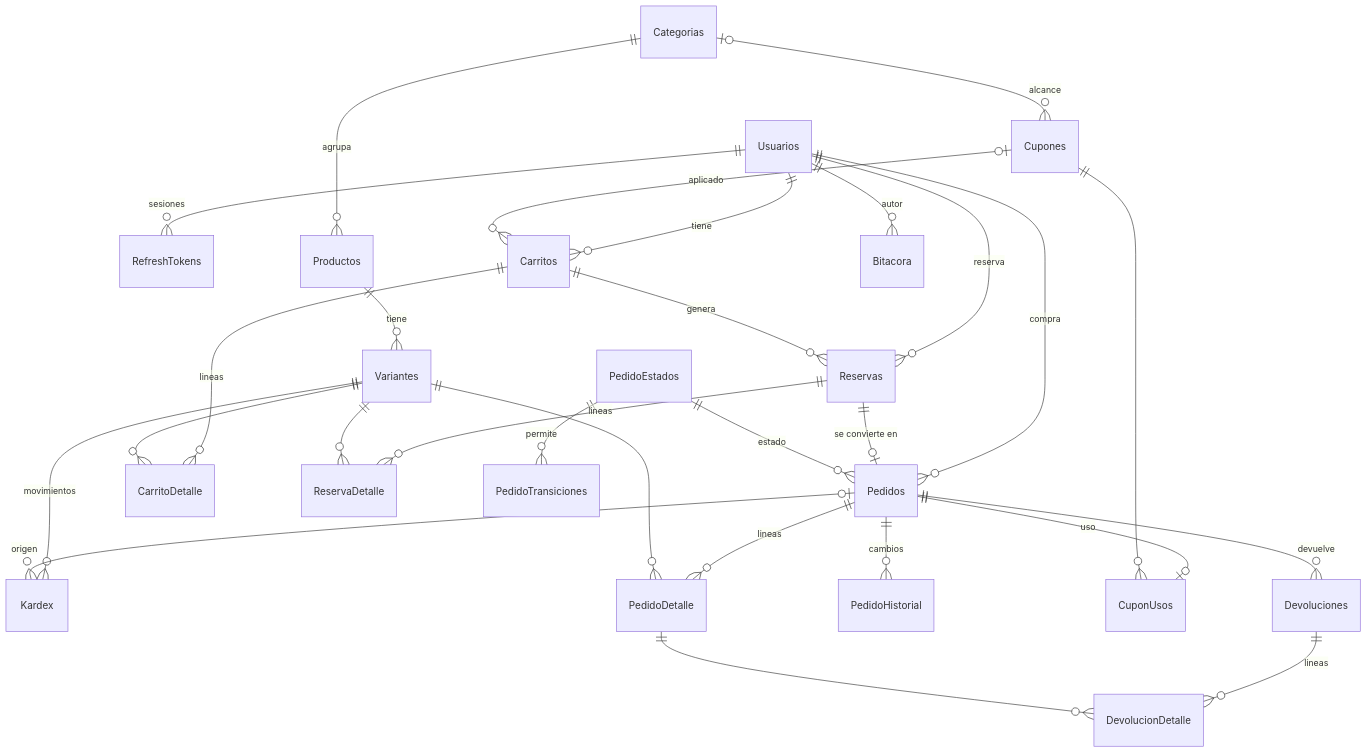
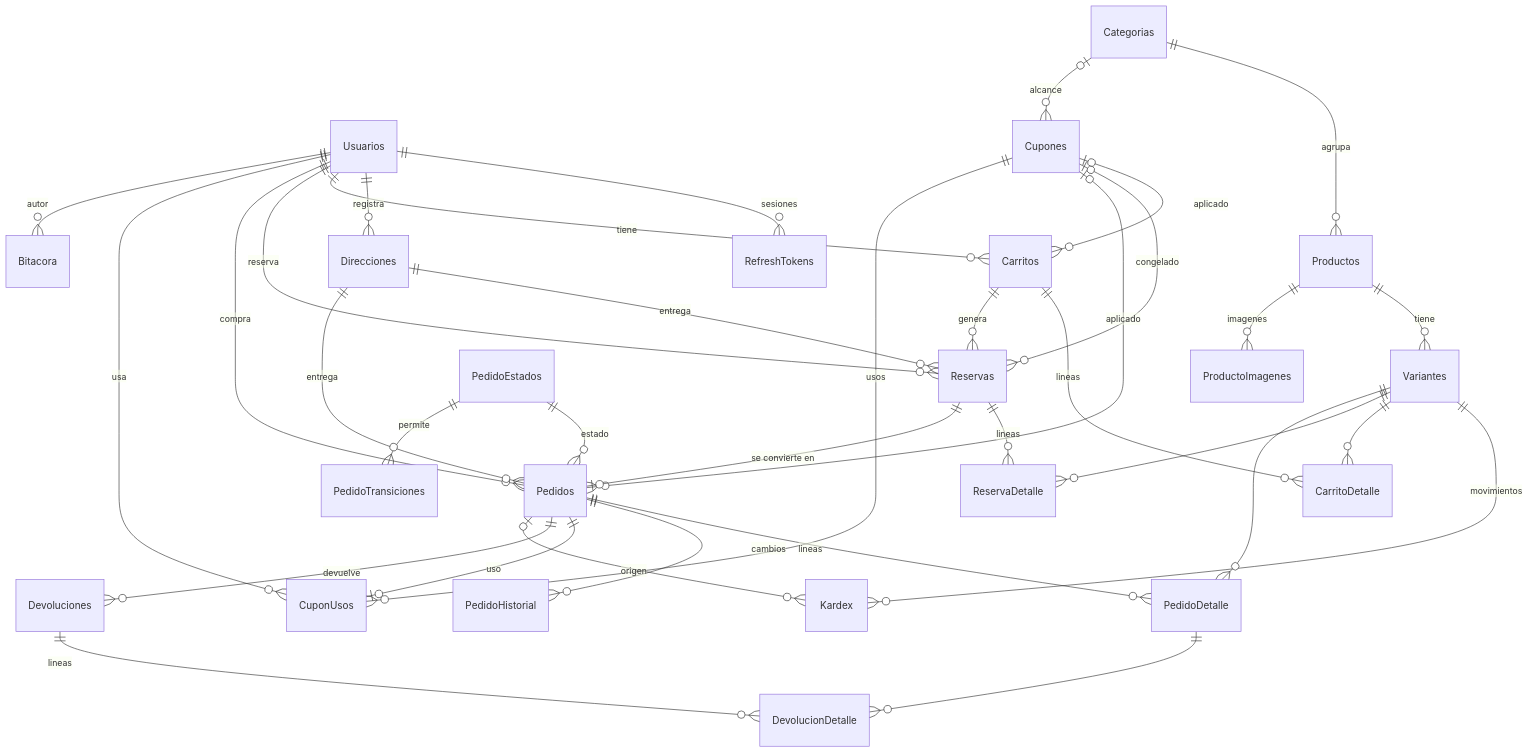
The first of 3 diagrams in README.md (eramirez150/shopcart), drawn with Mermaid before and after one commit. The commit also changed other lines of this file and 2 other files, not shown here.

First line of the commit message:
docs: documentar direcciones, devoluciones, desactivaciones, carritos abandonados, atributos y nuevas decisiones

````diff
--- a/README.md
+++ b/README.md
@@ -196,30 +229,37 @@
 ```mermaid
 erDiagram
     Usuarios ||--o{ RefreshTokens : "sesiones"
+    Usuarios ||--o{ Direcciones : "registra"
     Usuarios ||--o{ Carritos : "tiene"
     Usuarios ||--o{ Reservas : "reserva"
     Usuarios ||--o{ Pedidos : "compra"
     Categorias ||--o{ Productos : "agrupa"
     Categorias |o--o{ Cupones : "alcance"
     Productos ||--o{ Variantes : "tiene"
+    Productos ||--o{ ProductoImagenes : "imagenes"
     Variantes ||--o{ Kardex : "movimientos"
     Carritos ||--o{ CarritoDetalle : "lineas"
     Variantes ||--o{ CarritoDetalle : ""
     Cupones |o--o{ Carritos : "aplicado"
     Carritos ||--o{ Reservas : "genera"
+    Direcciones ||--o{ Reservas : "entrega"
+    Direcciones ||--o{ Pedidos : "entrega"
+    Cupones |o--o{ Reservas : "congelado"
+    Cupones |o--o{ Pedidos : "aplicado"
     Reservas ||--o{ ReservaDetalle : "lineas"
     Variantes ||--o{ ReservaDetalle : ""
     Reservas ||--o| Pedidos : "se convierte en"
     PedidoEstados ||--o{ Pedidos : "estado"
     PedidoEstados ||--o{ PedidoTransiciones : "permite"
     Pedidos ||--o{ PedidoDetalle : "lineas"
     Variantes ||--o{ PedidoDetalle : ""
     Pedidos ||--o{ PedidoHistorial : "cambios"
     Pedidos ||--o| CuponUsos : "uso"
-    Cupones ||--o{ CuponUsos : ""
+    Cupones ||--o{ CuponUsos : "usos"
+    Usuarios ||--o{ CuponUsos : "usa"
     Pedidos ||--o{ Devoluciones : "devuelve"
     Devoluciones ||--o{ DevolucionDetalle : "lineas"
     PedidoDetalle ||--o{ DevolucionDetalle : ""
     Pedidos |o--o{ Kardex : "origen"
     Usuarios ||--o{ Bitacora : "autor"
 ```
````
